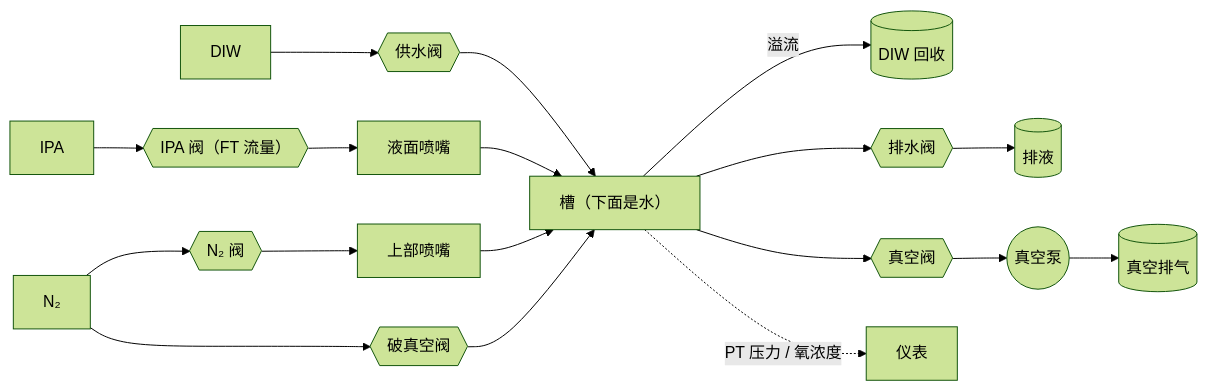
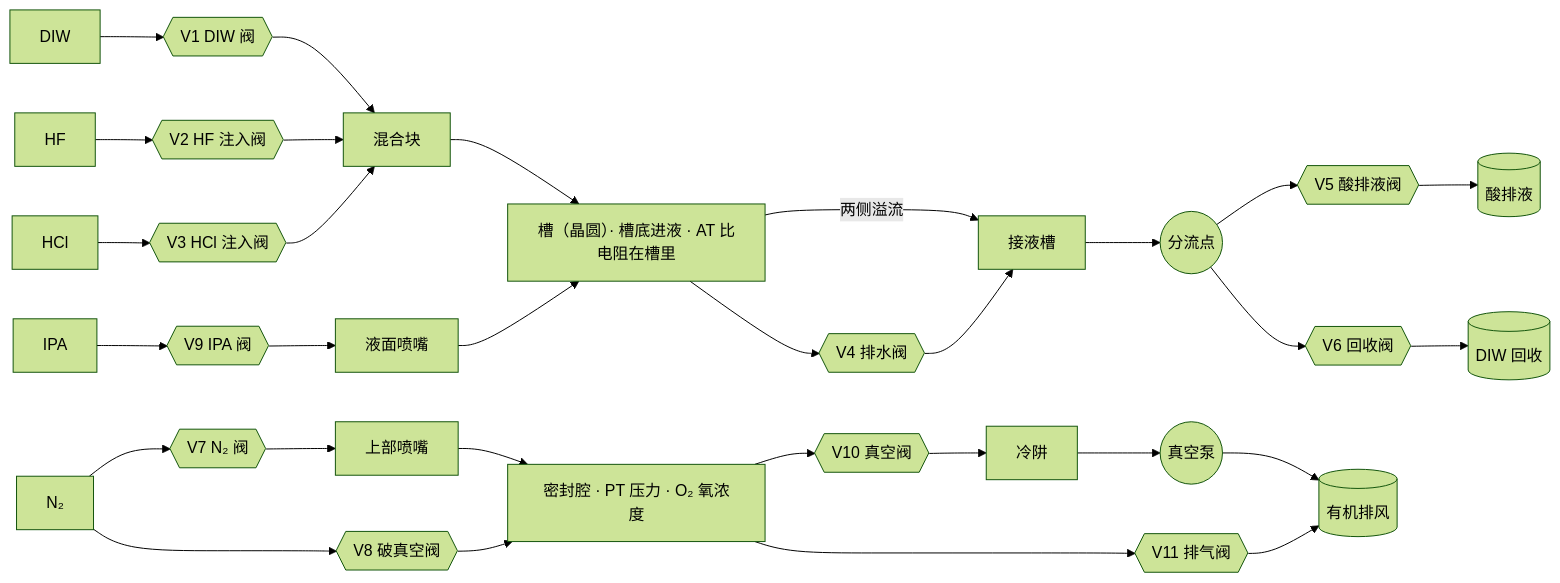
Before and after one commit to GuangxianZhu/SEMI-WetBatchCleaner: the third of 4 diagrams in docs/管路.md, drawn with Mermaid (forest theme). The commit also changed other lines of this file and 20 other files, not shown here.

````diff
--- a/docs/管路.md
+++ b/docs/管路.md
@@ -179,11 +192,17 @@
 ```mermaid
 flowchart LR
-  DIW["DIW"] --> VW{{"供水阀"}} --> TANK["槽（下面是水）"]
-  TANK -- "溢流" --> REC[("DIW 回收")]
-  TANK --> VDR{{"排水阀"}} --> DRN[("排液")]
-  IPA["IPA"] --> VIPA{{"IPA 阀（FT 流量）"}} --> NZI["液面喷嘴"] --> TANK
-  N2["N₂"] --> VN2{{"N₂ 阀"}} --> NZN["上部喷嘴"] --> TANK
-  TANK --> VVAC{{"真空阀"}} --> VP(("真空泵")) --> VEX[("真空排气")]
-  N2 --> VVENT{{"破真空阀"}} --> TANK
-  TANK -. "PT 压力 / 氧浓度" .-> PT["仪表"]
+  DIW["DIW"] --> V1{{"V1 DIW 阀"}} --> MIX["混合块"]
+  HF["HF"] --> V2{{"V2 HF 注入阀"}} --> MIX
+  HCL["HCl"] --> V3{{"V3 HCl 注入阀"}} --> MIX
+  MIX --> TANK["槽（晶圆）· 槽底进液 · AT 比电阻在槽里"]
+  TANK -- "两侧溢流" --> PAN["接液槽"]
+  TANK --> V4{{"V4 排水阀"}} --> PAN
+  PAN --> JD(("分流点"))
+  JD --> V5{{"V5 酸排液阀"}} --> ACID[("酸排液")]
+  JD --> V6{{"V6 回收阀"}} --> REC[("DIW 回收")]
+  IPA["IPA"] --> V9{{"V9 IPA 阀"}} --> NZI["液面喷嘴"] --> TANK
+  N2["N₂"] --> V7{{"V7 N₂ 阀"}} --> NZN["上部喷嘴"] --> CH["密封腔 · PT 压力 · O₂ 氧浓度"]
+  N2 --> V8{{"V8 破真空阀"}} --> CH
+  CH --> V10{{"V10 真空阀"}} --> TRAP["冷阱"] --> VP(("真空泵")) --> EXO[("有机排风")]
+  CH --> V11{{"V11 排气阀"}} --> EXO
 ```
````
